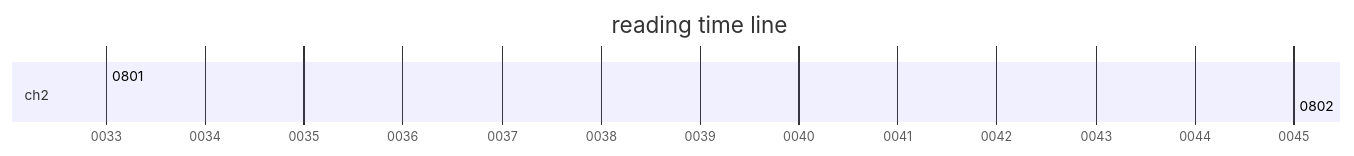
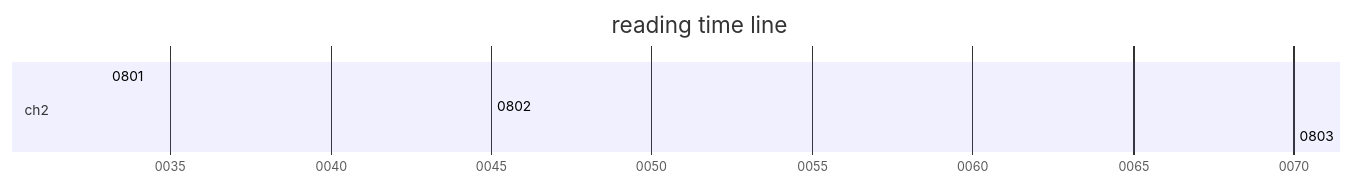
The first of 3 diagrams in README.md (ywjpanda/Designing-Data-intensive-Applications), drawn with Mermaid before and after one commit. The commit also changed other lines of this file, not shown here.

````diff
--- a/README.md
+++ b/README.md
@@ -10,9 +10,10 @@
 ```mermaid
 gantt
 	dateFormat YYYY
 	axisFormat %Y
 	title reading time line
 	section ch2
 	0801: done,0033,0045
 	0802: done,0045,0069
+	0803: done,0070,0085
 ```
````
